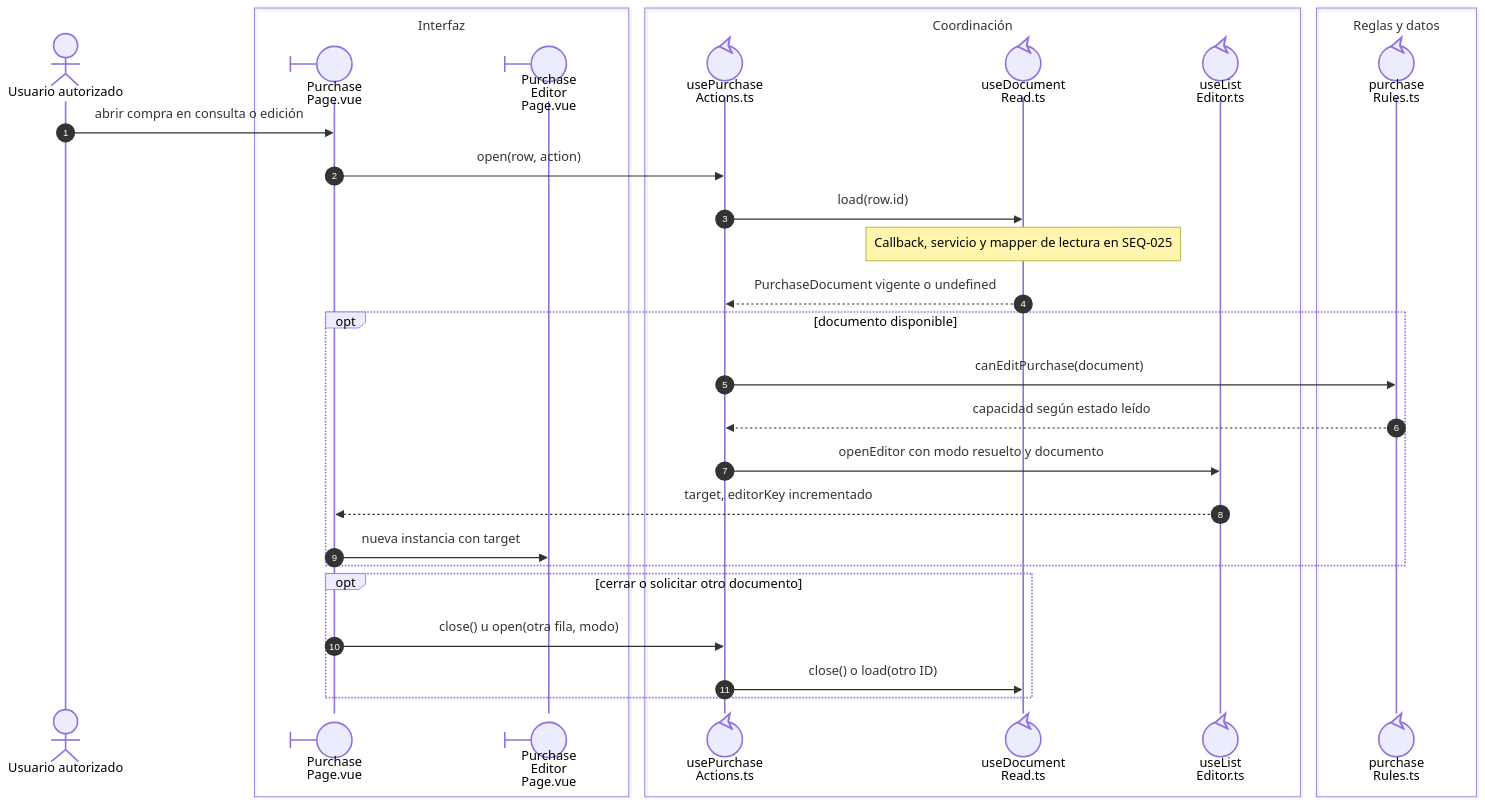
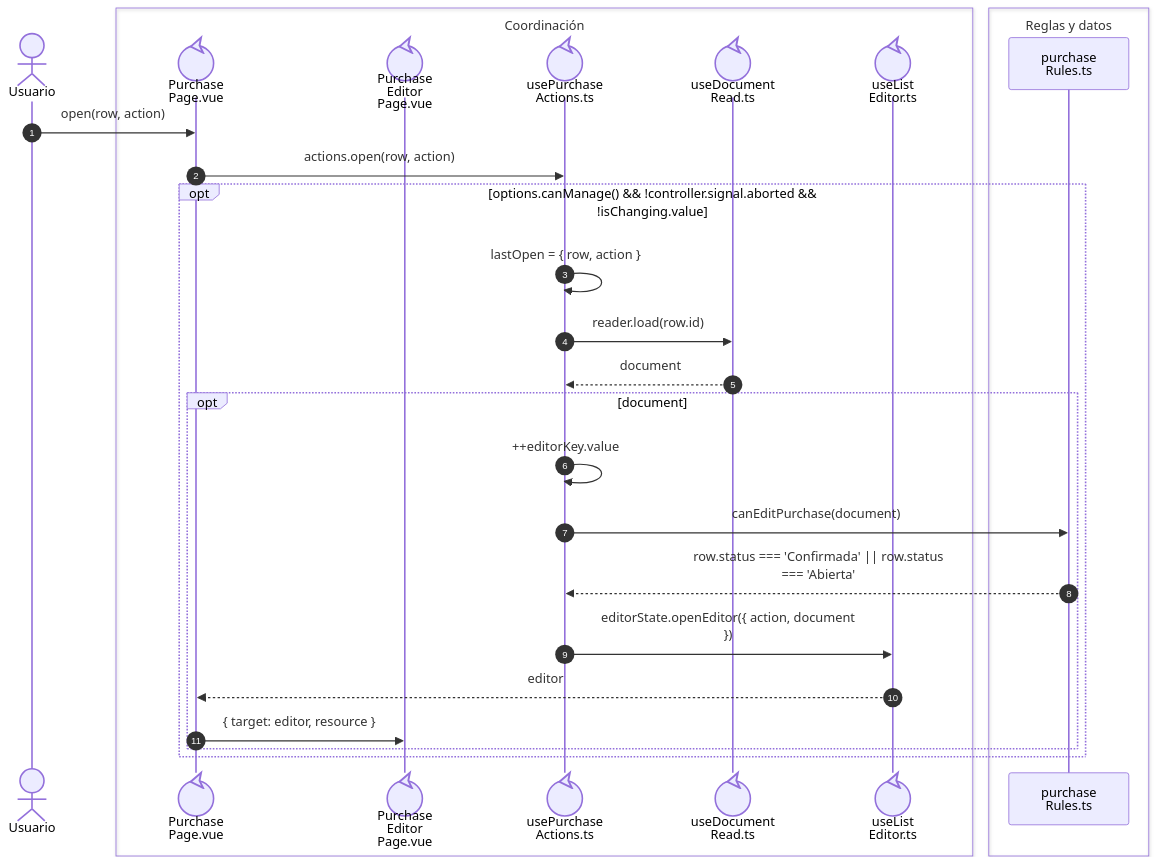
Before and after one commit to gpgsistemas01/nexus: the diagram in front/docs/architecture/views/processes/06-purchases/01-purchase-read-lines.md, drawn with Mermaid. The commit also changed other lines of this file and 43 other files, not shown here.

````diff
--- a/front/docs/architecture/views/processes/06-purchases/01-purchase-read-lines.md
+++ b/front/docs/architecture/views/processes/06-purchases/01-purchase-read-lines.md
@@ -13,33 +9,30 @@
 ```mermaid
 sequenceDiagram
     autonumber
-    actor U as Usuario autorizado
-    box Interfaz
-    participant Page@{ "type": "boundary" } as Purchase<br/>Page.vue
-    participant EditorPage@{ "type": "boundary" } as Purchase<br/>Editor<br/>Page.vue
-    end
+    actor U as Usuario
     box Coordinación
+    participant Page@{ "type": "control" } as Purchase<br/>Page.vue
+    participant EditorPage@{ "type": "control" } as Purchase<br/>Editor<br/>Page.vue
     participant Actions@{ "type": "control" } as usePurchase<br/>Actions.ts
     participant Reader@{ "type": "control" } as useDocument<br/>Read.ts
     participant State@{ "type": "control" } as useList<br/>Editor.ts
     end
     box Reglas y datos
-    participant Rules@{ "type": "control" } as purchase<br/>Rules.ts
+    participant Rules as purchase<br/>Rules.ts
     end
-    U->>Page: abrir compra en consulta o edición
-    Page->>Actions: open(row, action)
-    Actions->>Reader: load(row.id)
-    Note over Reader: Callback, servicio y mapper de lectura en SEQ-025
-    Reader-->>Actions: PurchaseDocument vigente o undefined
-    opt documento disponible
-        Actions->>Rules: canEditPurchase(document)
-        Rules-->>Actions: capacidad según estado leído
-        Actions->>State: openEditor con modo resuelto y documento
-        State-->>Page: target, editorKey incrementado
-        Page->>EditorPage: nueva instancia con target
-    end
-    opt cerrar o solicitar otro documento
-        Page->>Actions: close() u open(otra fila, modo)
-        Actions->>Reader: close() o load(otro ID)
+    U->>Page: nowrap: open(row, action)
+    Page->>Actions: nowrap: actions.open(row, action)
+    opt nowrap: options.canManage() && !controller.signal.aborted &&<br/>!isChanging.value
+        Actions->>Actions: nowrap: lastOpen = { row, action }
+        Actions->>Reader: nowrap: reader.load(row.id)
+        Reader-->>Actions: nowrap: document
+        opt nowrap: document
+            Actions->>Actions: nowrap: ++editorKey.value
+            Actions->>Rules: nowrap: canEditPurchase(document)
+            Rules-->>Actions: nowrap: row.status === 'Confirmada' || row.status<br/>=== 'Abierta'
+            Actions->>State: nowrap: editorState.openEditor({ action, document<br/>})
+            State-->>Page: nowrap: editor
+            Page->>EditorPage: nowrap: { target: editor, resource }
+        end
     end
 ```
````
